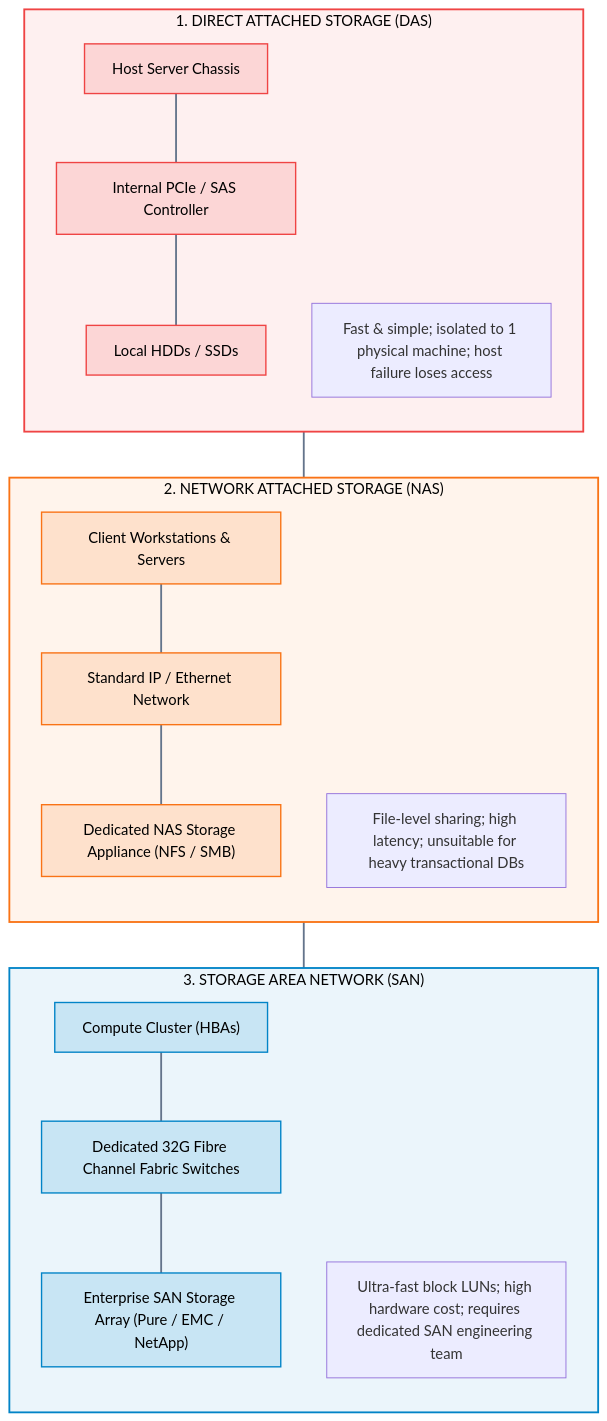
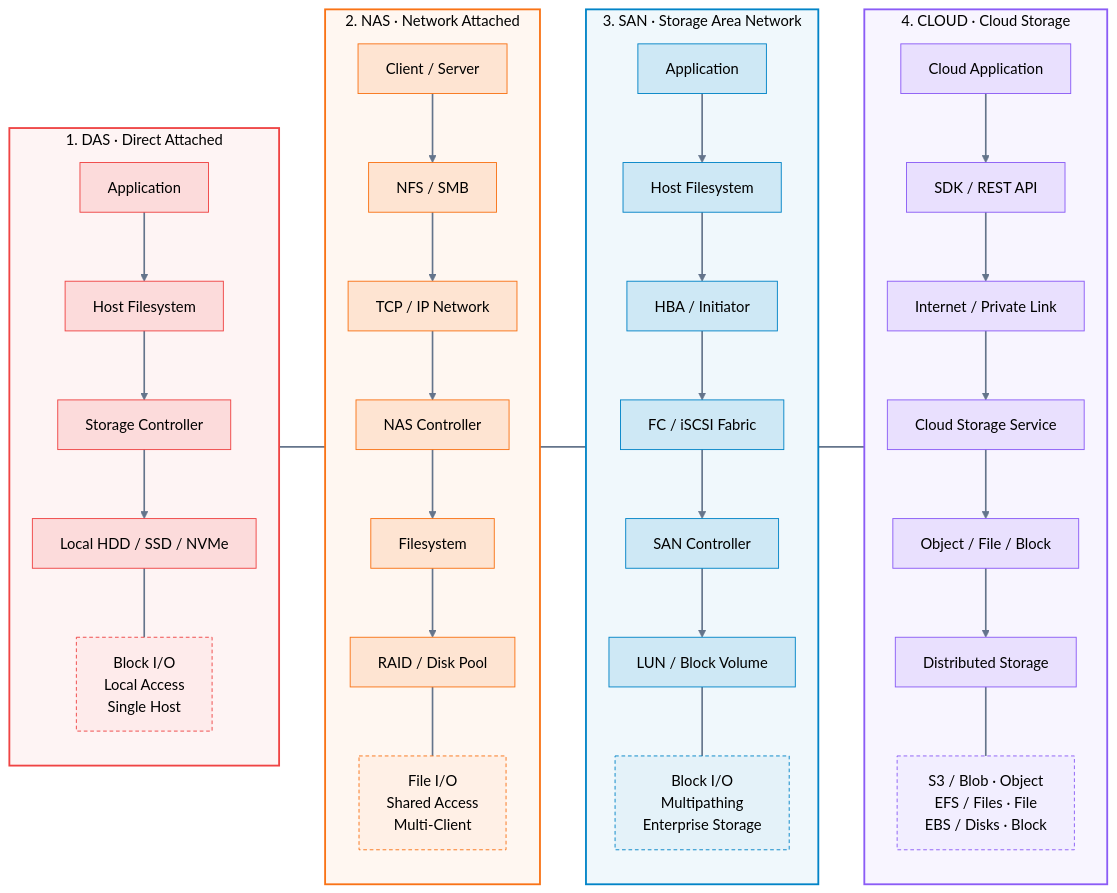
Before and after one commit to vikram-interloid/cloud-engineering: the third of 5 diagrams in 00-Foundations/01-cloud-computing/03_Traditional_Data_Center_Architecture.md, drawn with Mermaid. The commit also changed other lines of this file and 18 other files, not shown here.

````diff
--- a/00-Foundations/01-cloud-computing/03_Traditional_Data_Center_Architecture.md
+++ b/00-Foundations/01-cloud-computing/03_Traditional_Data_Center_Architecture.md
@@ -147,47 +242,84 @@
 ```mermaid
-flowchart TD
-    subgraph DAS_TOP["1. DIRECT ATTACHED STORAGE (DAS)"]
+
+%%{init: {"flowchart": {"nodeSpacing": 30, "rankSpacing": 50, "curve": "linear"}}}%%
+flowchart LR
+    subgraph DAS["1. DAS · Direct Attached"]
         direction TB
-        DAS_SRV["Host Server Chassis"]
-        DAS_BUS["Internal PCIe / SAS Controller"]
-        DAS_DISK["Local HDDs / SSDs"]
-        DAS_SRV --- DAS_BUS --- DAS_DISK
-        DAS_DESC["Fast & simple; isolated to 1 physical machine; host failure loses access"]
+        D1["Application"]
+        D2["Host Filesystem"]
+        D3["Storage Controller"]
+        D4["Local HDD / SSD / NVMe"]
+        D1 --> D2 --> D3 --> D4
+        D5["Block I/O<br/>Local Access<br/>Single Host"]
+        D4 ~~~ D5
     end
 
-    subgraph NAS_TOP["2. NETWORK ATTACHED STORAGE (NAS)"]
+    subgraph NAS["2. NAS · Network Attached"]
         direction TB
-        NAS_CLI["Client Workstations & Servers"]
-        NAS_NET["Standard IP / Ethernet Network"]
-        NAS_APP["Dedicated NAS Storage Appliance (NFS / SMB)"]
-        NAS_CLI --- NAS_NET --- NAS_APP
-        NAS_DESC["File-level sharing; high latency; unsuitable for heavy transactional DBs"]
+        N1["Client / Server"]
+        N2["NFS / SMB"]
+        N3["TCP / IP Network"]
+        N4["NAS Controller"]
+        N5["Filesystem"]
+        N6["RAID / Disk Pool"]
+        N1 --> N2 --> N3 --> N4 --> N5 --> N6
+        N7["File I/O<br/>Shared Access<br/>Multi-Client"]
+        N6 ~~~ N7
     end
 
-    subgraph SAN_TOP["3. STORAGE AREA NETWORK (SAN)"]
+    subgraph SAN["3. SAN · Storage Area Network"]
         direction TB
-        SAN_SRV["Compute Cluster (HBAs)"]
-        SAN_SW["Dedicated 32G Fibre Channel Fabric Switches"]
-        SAN_ARR["Enterprise SAN Storage Array (Pure / EMC / NetApp)"]
-        SAN_SRV --- SAN_SW --- SAN_ARR
-        SAN_DESC["Ultra-fast block LUNs; high hardware cost; requires dedicated SAN engineering team"]
+        S1["Application"]
+        S2["Host Filesystem"]
+        S3["HBA / Initiator"]
+        S4["FC / iSCSI Fabric"]
+        S5["SAN Controller"]
+        S6["LUN / Block Volume"]
+        S1 --> S2 --> S3 --> S4 --> S5 --> S6
+        S7["Block I/O<br/>Multipathing<br/>Enterprise Storage"]
+        S6 ~~~ S7
     end
 
-    DAS_TOP ~~~ NAS_TOP ~~~ SAN_TOP
+    subgraph CLOUD["4. CLOUD · Cloud Storage"]
+        direction TB
+        C1["Cloud Application"]
+        C2["SDK / REST API"]
+        C3["Internet / Private Link"]
+        C4["Cloud Storage Service"]
+        C5["Object / File / Block"]
+        C6["Distributed Storage"]
+        C1 --> C2 --> C3 --> C4 --> C5 --> C6
+        C7["S3 / Blob · Object<br/>EFS / Files · File<br/>EBS / Disks · Block"]
+        C6 ~~~ C7
+    end
 
-    %% Theme Styling
-    style DAS_TOP fill:#ef4444,fill-opacity:0.08,stroke:#ef4444,stroke-width:2px,color:inherit
-    style NAS_TOP fill:#f97316,fill-opacity:0.08,stroke:#f97316,stroke-width:2px,color:inherit
-    style SAN_TOP fill:#0284c7,fill-opacity:0.08,stroke:#0284c7,stroke-width:2px,color:inherit
+    DAS ~~~ NAS ~~~ SAN ~~~ CLOUD
 
-    classDef dasNode fill:#ef4444,fill-opacity:0.15,stroke:#ef4444,stroke-width:1.5px,color:inherit
-    class DAS_SRV,DAS_BUS,DAS_DISK dasNode
+    style DAS fill:#ef4444,fill-opacity:0.06,stroke:#ef4444,stroke-width:2px,color:inherit
+    style NAS fill:#f97316,fill-opacity:0.06,stroke:#f97316,stroke-width:2px,color:inherit
+    style SAN fill:#0284c7,fill-opacity:0.06,stroke:#0284c7,stroke-width:2px,color:inherit
+    style CLOUD fill:#8b5cf6,fill-opacity:0.06,stroke:#8b5cf6,stroke-width:2px,color:inherit
 
-    classDef nasNode fill:#f97316,fill-opacity:0.15,stroke:#f97316,stroke-width:1.5px,color:inherit
-    class NAS_CLI,NAS_NET,NAS_APP nasNode
+    classDef dasNode fill:#ef4444,fill-opacity:0.14,stroke:#ef4444,color:inherit
+    classDef nasNode fill:#f97316,fill-opacity:0.14,stroke:#f97316,color:inherit
+    classDef sanNode fill:#0284c7,fill-opacity:0.14,stroke:#0284c7,color:inherit
+    classDef cloudNode fill:#8b5cf6,fill-opacity:0.14,stroke:#8b5cf6,color:inherit
 
-    classDef sanNode fill:#0284c7,fill-opacity:0.15,stroke:#0284c7,stroke-width:1.5px,color:inherit
-    class SAN_SRV,SAN_SW,SAN_ARR sanNode
+    class D1,D2,D3,D4 dasNode
+    class N1,N2,N3,N4,N5,N6 nasNode
+    class S1,S2,S3,S4,S5,S6 sanNode
+    class C1,C2,C3,C4,C5,C6 cloudNode
 
-    linkStyle default stroke:#64748b,stroke-width:2px
+    classDef dasInfo fill:#ef4444,fill-opacity:0.05,stroke:#ef4444,stroke-dasharray:4 3,color:inherit
+    classDef nasInfo fill:#f97316,fill-opacity:0.05,stroke:#f97316,stroke-dasharray:4 3,color:inherit
+    classDef sanInfo fill:#0284c7,fill-opacity:0.05,stroke:#0284c7,stroke-dasharray:4 3,color:inherit
+    classDef cloudInfo fill:#8b5cf6,fill-opacity:0.05,stroke:#8b5cf6,stroke-dasharray:4 3,color:inherit
+
+    class D5 dasInfo
+    class N7 nasInfo
+    class S7 sanInfo
+    class C7 cloudInfo
+
+    linkStyle default stroke:#64748b,stroke-width:1.8px
+
 ```
````
